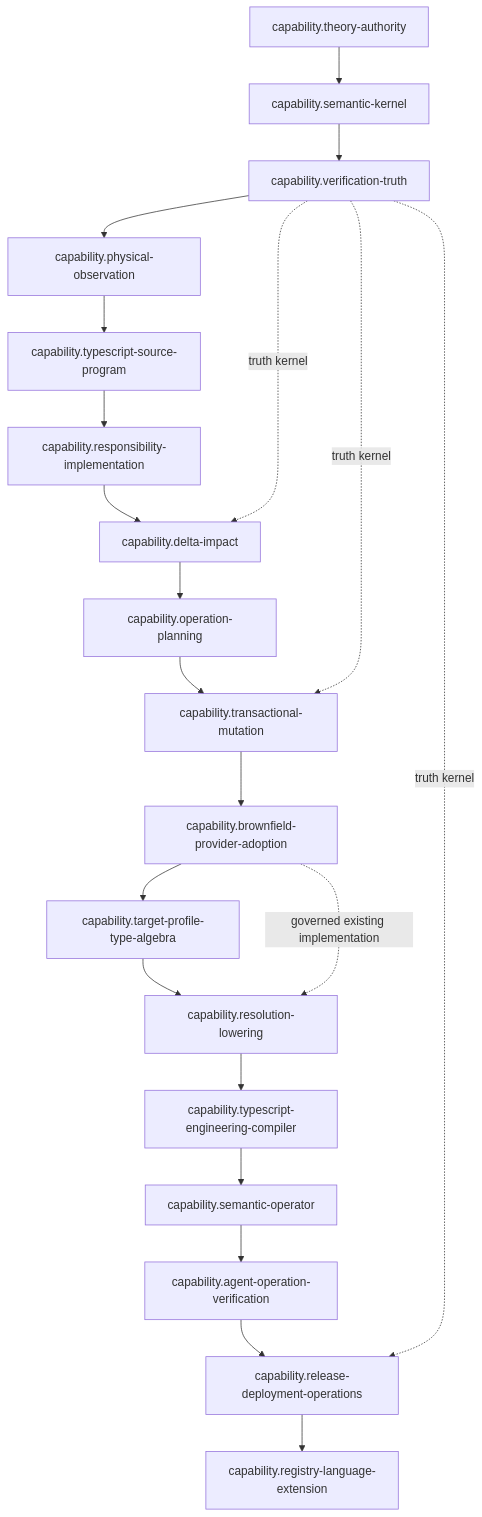
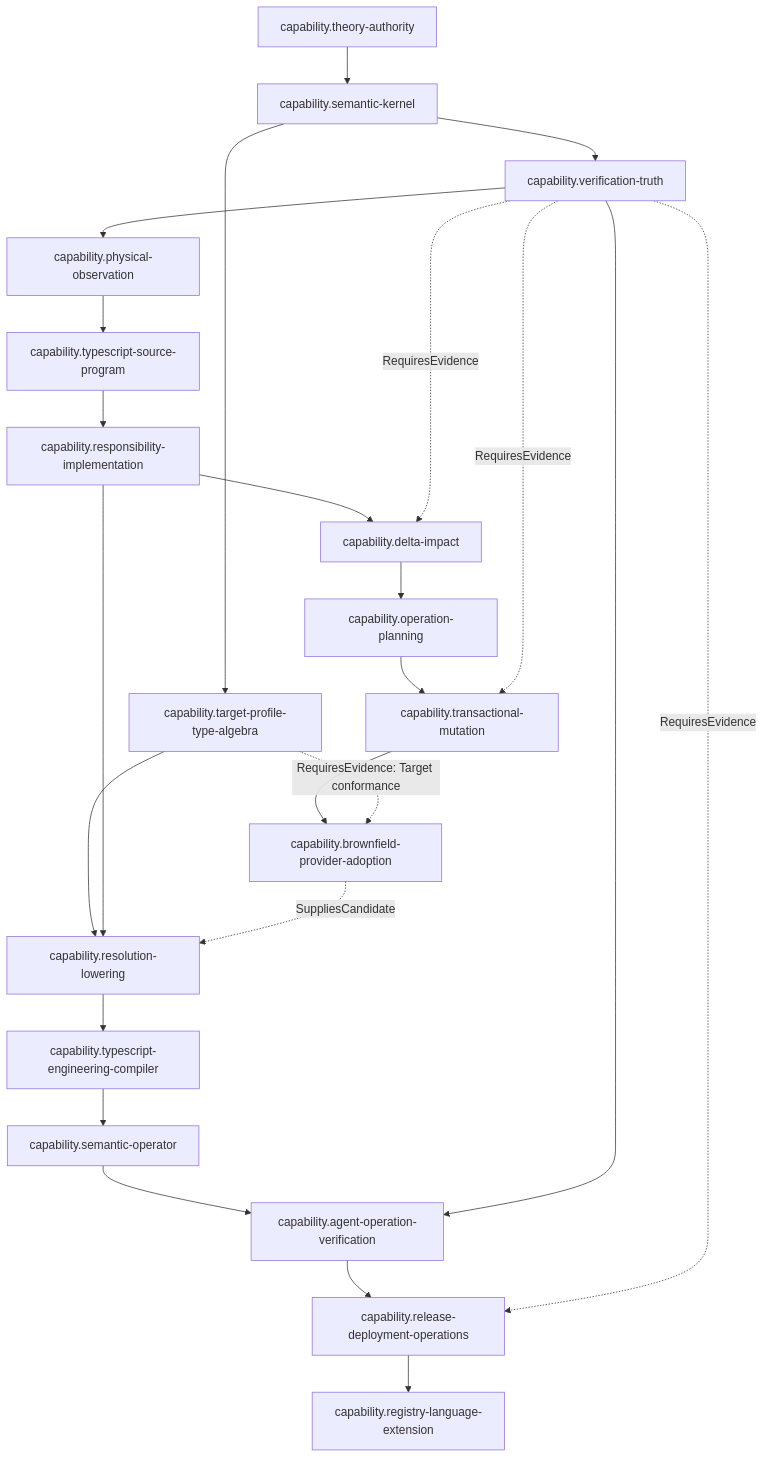
One commit to sec-platform/sec changed the diagram in docs/roadmap/capability-dag.md. Above: the diagram before and after it, drawn with Mermaid. The commit also changed other lines of this file, not shown here.

Commit message:
docs: make capability roadmap a reference-only typed dependency graph

````diff
--- a/docs/roadmap/capability-dag.md
+++ b/docs/roadmap/capability-dag.md
@@ -53,24 +57,28 @@
-~~~mermaid
+```mermaid
 flowchart TD
   THEORY[capability.theory-authority] --> SEMANTIC[capability.semantic-kernel]
   SEMANTIC --> TRUTH[capability.verification-truth]
   TRUTH --> PHYSICAL[capability.physical-observation]
   PHYSICAL --> SOURCE[capability.typescript-source-program]
   SOURCE --> RESPONSIBILITY[capability.responsibility-implementation]
   RESPONSIBILITY --> DELTA[capability.delta-impact]
   DELTA --> PLAN[capability.operation-planning]
   PLAN --> MUTATION[capability.transactional-mutation]
-  MUTATION --> ADOPTION[capability.brownfield-provider-adoption]
-  ADOPTION --> TARGET[capability.target-profile-type-algebra]
+
+  SEMANTIC --> TARGET[capability.target-profile-type-algebra]
   TARGET --> RESOLUTION[capability.resolution-lowering]
+  RESPONSIBILITY --> RESOLUTION
   RESOLUTION --> COMPILER[capability.typescript-engineering-compiler]
   COMPILER --> OPERATOR[capability.semantic-operator]
   OPERATOR --> AGENT[capability.agent-operation-verification]
+  TRUTH --> AGENT
   AGENT --> RELEASE[capability.release-deployment-operations]
   RELEASE --> EXTENSION[capability.registry-language-extension]
 
-  ADOPTION -. governed existing implementation .-> RESOLUTION
-  TRUTH -. truth kernel .-> DELTA
-  TRUTH -. truth kernel .-> MUTATION
-  TRUTH -. truth kernel .-> RELEASE
-~~~
+  MUTATION --> ADOPTION[capability.brownfield-provider-adoption]
+  ADOPTION -. SuppliesCandidate .-> RESOLUTION
+  TRUTH -. RequiresEvidence .-> DELTA
+  TRUTH -. RequiresEvidence .-> MUTATION
+  TRUTH -. RequiresEvidence .-> RELEASE
+  TARGET -. RequiresEvidence: Target conformance .-> ADOPTION
+```
````
